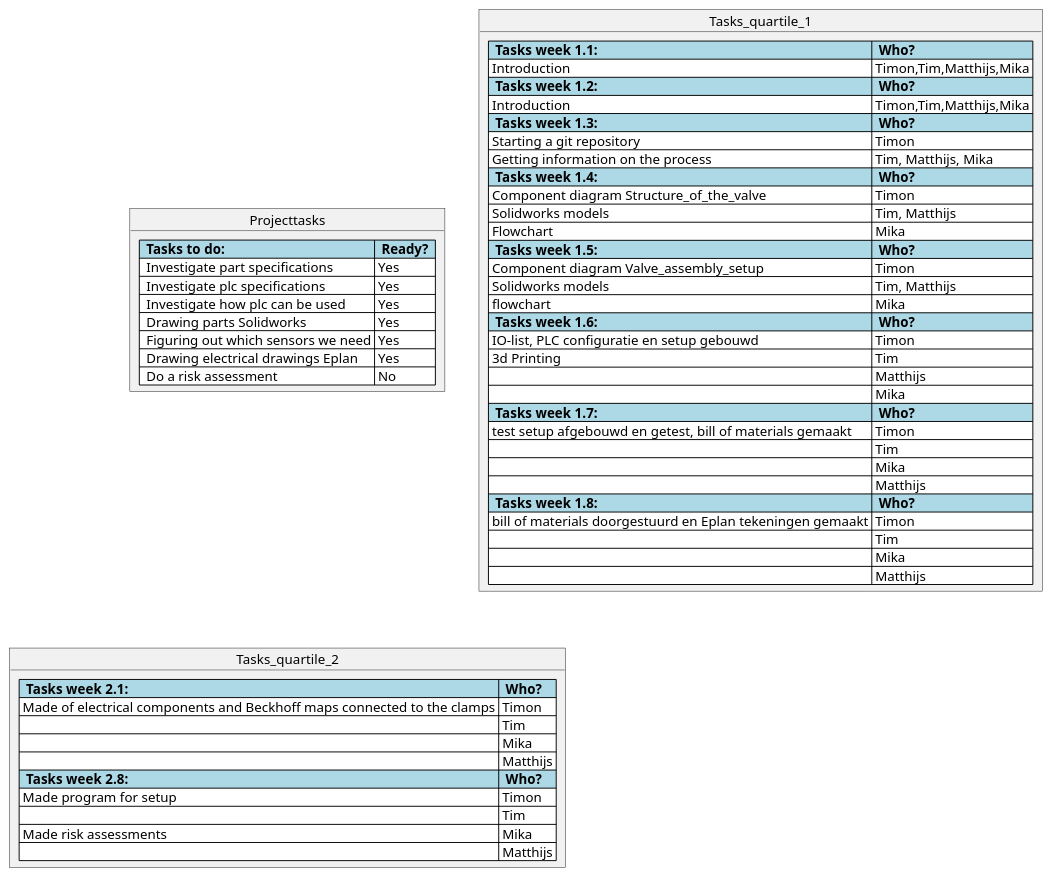
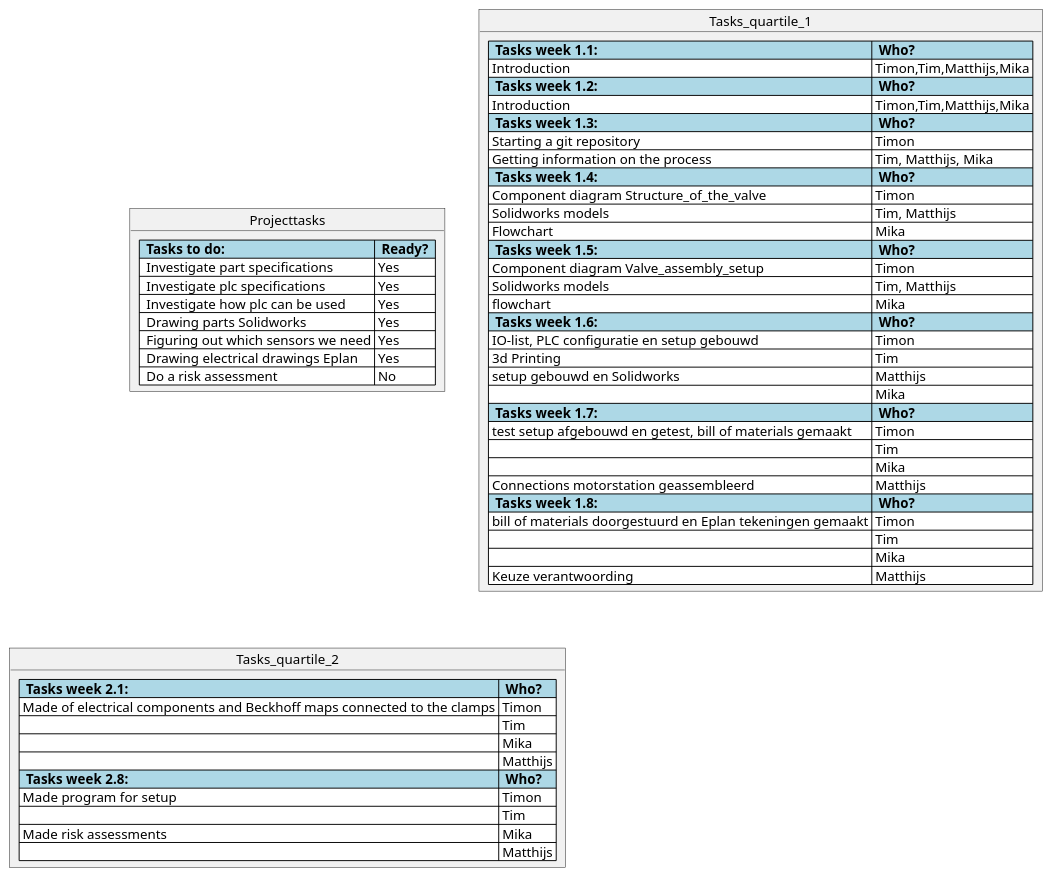
One commit to Timon14kraan/Project-Proces-and-Safety changed the diagram in src/Tasks.md. Above: the diagram before and after it, drawn with PlantUML. The commit also changed 2 other files, not shown here.

Commit message:
updates doorgevoerd

````diff
--- a/src/Tasks.md
+++ b/src/Tasks.md
@@ -5,64 +5,64 @@
 ```plantuml
 @startuml
 
 object Projecttasks {
   <#lightblue,#black>|=  Tasks to do:  |=  Ready?  |
   <#white>|  Investigate part specifications | Yes | 
   <#white>|  Investigate plc specifications | Yes |
   <#white>|  Investigate how plc can be used  | Yes |
   <#white>|  Drawing parts Solidworks | Yes |
   <#white>|  Figuring out which sensors we need | Yes |
   <#white>|  Drawing electrical drawings Eplan | Yes |
   <#white>|  Do a risk assessment | No |
 }
 
 object Tasks_quartile_1 {
   <#lightblue,#black>|=  Tasks week 1.1:  |=  Who?  |
   <#white>| Introduction | Timon,Tim,Matthijs,Mika |
   <#lightblue,#black>|=  Tasks week 1.2:  |=  Who?  |
   <#white>| Introduction | Timon,Tim,Matthijs,Mika |
   <#lightblue,#black>|=  Tasks week 1.3:  |=  Who?  |
   <#white>| Starting a git repository | Timon |
   <#white>| Getting information on the process | Tim, Matthijs, Mika |
   <#lightblue,#black>|=  Tasks week 1.4:  |=  Who?  |
   <#white>| Component diagram Structure_of_the_valve | Timon |
   <#white>| Solidworks models| Tim, Matthijs |
   <#white>| Flowchart| Mika |
   <#lightblue,#black>|=  Tasks week 1.5:  |=  Who?  |
   <#white>| Component diagram Valve_assembly_setup | Timon |
   <#white>| Solidworks models| Tim, Matthijs |
   <#white>| flowchart| Mika |
   <#lightblue,#black>|=  Tasks week 1.6:  |=  Who?  |
   <#white>| IO-list, PLC configuratie en setup gebouwd | Timon |
   <#white>| 3d Printing | Tim |
-  <#white>| | Matthijs |
+  <#white>| setup gebouwd en Solidworks | Matthijs |
   <#white>|  | Mika |
   <#lightblue,#black>|=  Tasks week 1.7:  |=  Who?  |
   <#white>| test setup afgebouwd en getest, bill of materials gemaakt | Timon |
   <#white>|  | Tim |
   <#white>|  | Mika |
-  <#white>|  | Matthijs |
+  <#white>| Connections motorstation geassembleerd| Matthijs |
   <#lightblue,#black>|=  Tasks week 1.8:  |=  Who?  |
   <#white>| bill of materials doorgestuurd en Eplan tekeningen gemaakt | Timon |
   <#white>|  | Tim |
   <#white>|  | Mika |
-  <#white>|  | Matthijs |
+  <#white>| Keuze verantwoording | Matthijs |
 }
 
 
 object Tasks_quartile_2 {
   <#lightblue,#black>|=  Tasks week 2.1:  |=  Who?  |
   <#white>| Made of electrical components and Beckhoff maps connected to the clamps | Timon |
   <#white>|  | Tim |
   <#white>|  | Mika |
   <#white>|  | Matthijs |
     <#lightblue,#black>|=  Tasks week 2.8:  |=  Who?  |
   <#white>| Made program for setup | Timon |
   <#white>|  | Tim |
   <#white>| Made risk assessments | Mika |  
   <#white>|  | Matthijs |
 }
 
 
 @endulm
 ```
````
